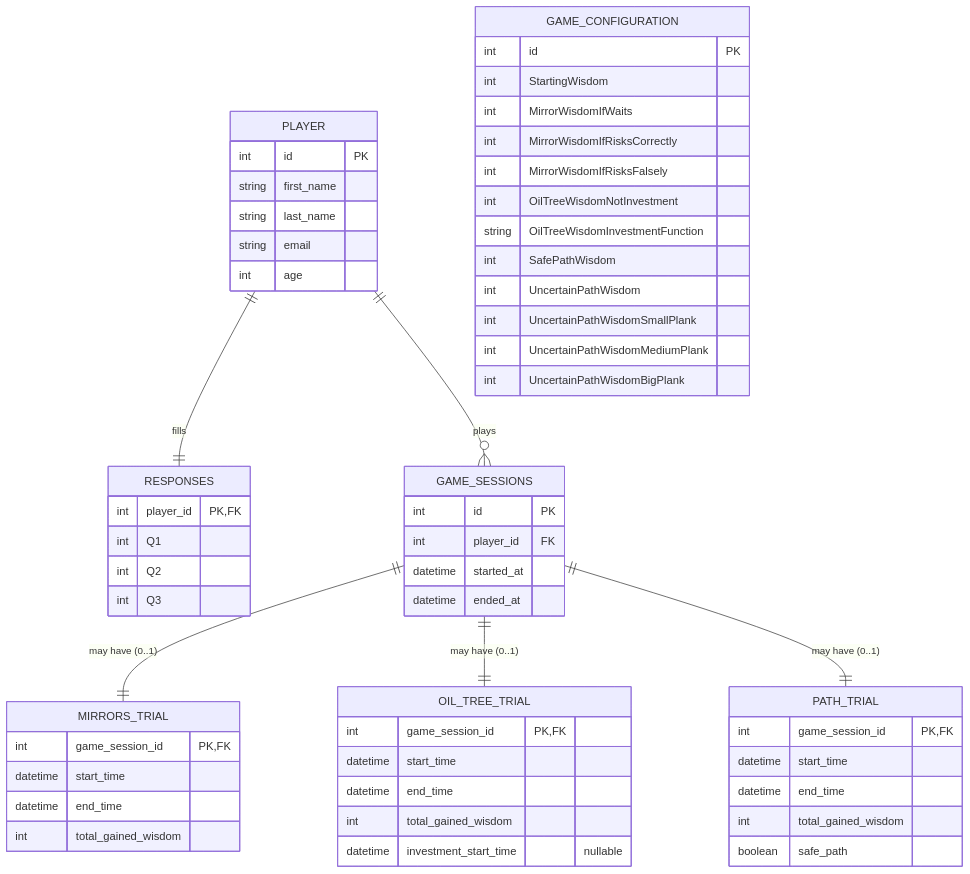
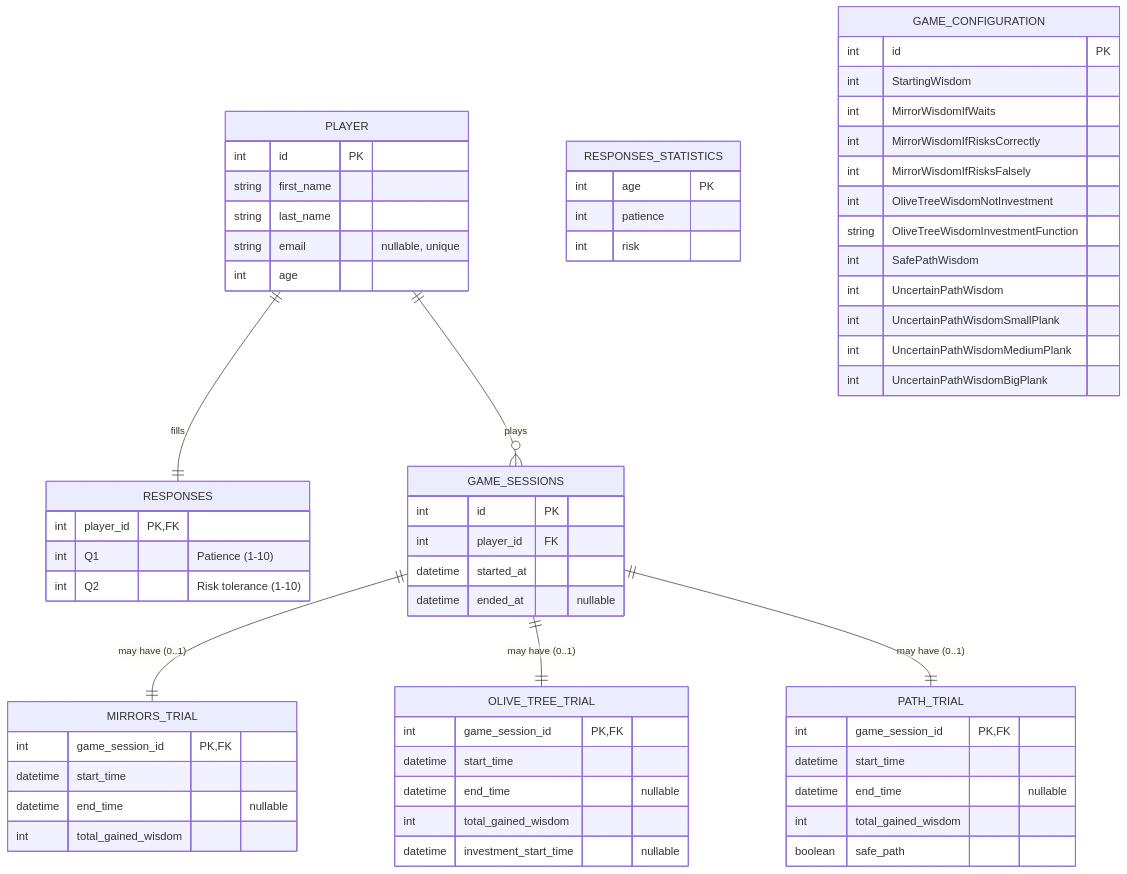
Before and after one commit to dgodolias/AthensSecret_VR-MR_Game: the diagram in docs/relationships.md, drawn with Mermaid. The commit also changed other lines of this file and 11 other files, not shown here.

Commit message:
oil->olive

````diff
--- a/docs/relationships.md
+++ b/docs/relationships.md
@@ -3,68 +3,73 @@
 ```mermaid
 erDiagram
   PLAYER {
     int id PK
     string first_name
     string last_name
-    string email
+    string email "nullable, unique"
     int age
   }
 
   RESPONSES {
     int player_id PK, FK
-    int Q1
-    int Q2
-    int Q3
+    int Q1 "Patience (1-10)"
+    int Q2 "Risk tolerance (1-10)"
+  }
+
+  RESPONSES_STATISTICS {
+    int age PK
+    int patience
+    int risk
   }
 
   GAME_SESSIONS {
     int id PK
     int player_id FK
     datetime started_at
-    datetime ended_at
+    datetime ended_at "nullable"
   }
 
   MIRRORS_TRIAL {
     int game_session_id PK, FK
     datetime start_time
-    datetime end_time
+    datetime end_time "nullable"
     int total_gained_wisdom
   }
 
-  OIL_TREE_TRIAL {
+  OLIVE_TREE_TRIAL {
     int game_session_id PK, FK
     datetime start_time
-    datetime end_time
+    datetime end_time "nullable"
     int total_gained_wisdom
     datetime investment_start_time "nullable"
   }
 
   PATH_TRIAL {
     int game_session_id PK, FK
     datetime start_time
-    datetime end_time
+    datetime end_time "nullable"
     int total_gained_wisdom
     boolean safe_path
   }
 
   GAME_CONFIGURATION {
     int id PK
     int StartingWisdom
     int MirrorWisdomIfWaits
     int MirrorWisdomIfRisksCorrectly
     int MirrorWisdomIfRisksFalsely
-    int OilTreeWisdomNotInvestment
-    string OilTreeWisdomInvestmentFunction
+    int OliveTreeWisdomNotInvestment
+    string OliveTreeWisdomInvestmentFunction
     int SafePathWisdom
     int UncertainPathWisdom
     int UncertainPathWisdomSmallPlank
     int UncertainPathWisdomMediumPlank
     int UncertainPathWisdomBigPlank
   }
 
   PLAYER ||--|| RESPONSES : "fills"
   PLAYER ||--o{ GAME_SESSIONS : "plays"
   GAME_SESSIONS ||--|| MIRRORS_TRIAL : "may have (0..1)"
-  GAME_SESSIONS ||--|| OIL_TREE_TRIAL : "may have (0..1)"
+  GAME_SESSIONS ||--|| OLIVE_TREE_TRIAL : "may have (0..1)"
   GAME_SESSIONS ||--|| PATH_TRIAL : "may have (0..1)"
 ```
````
